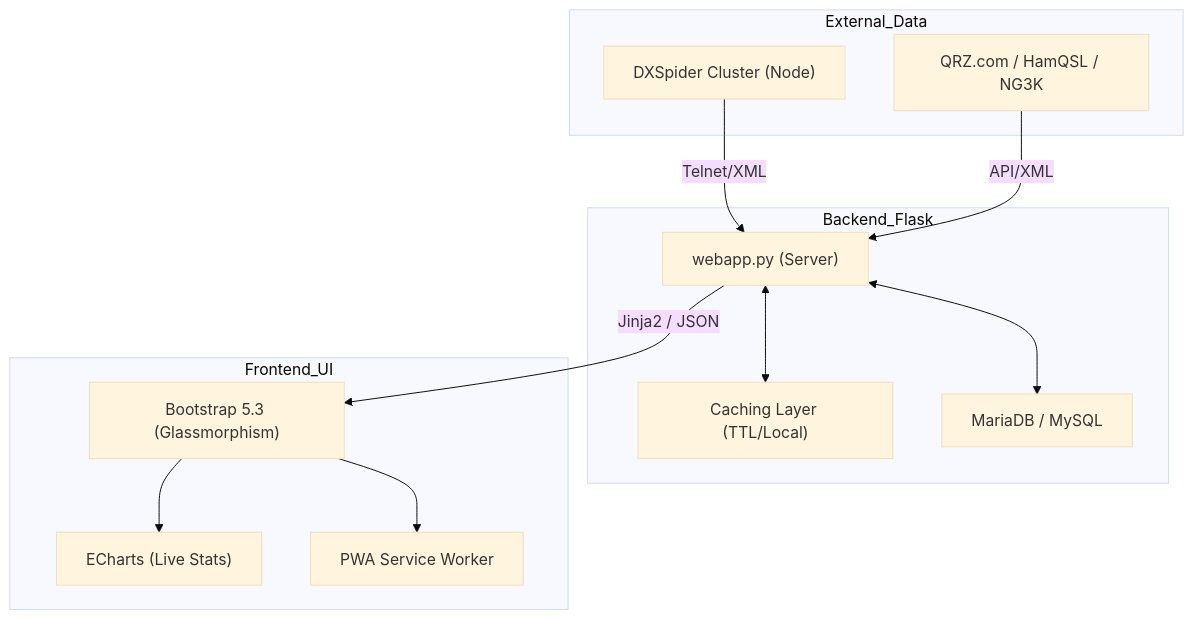
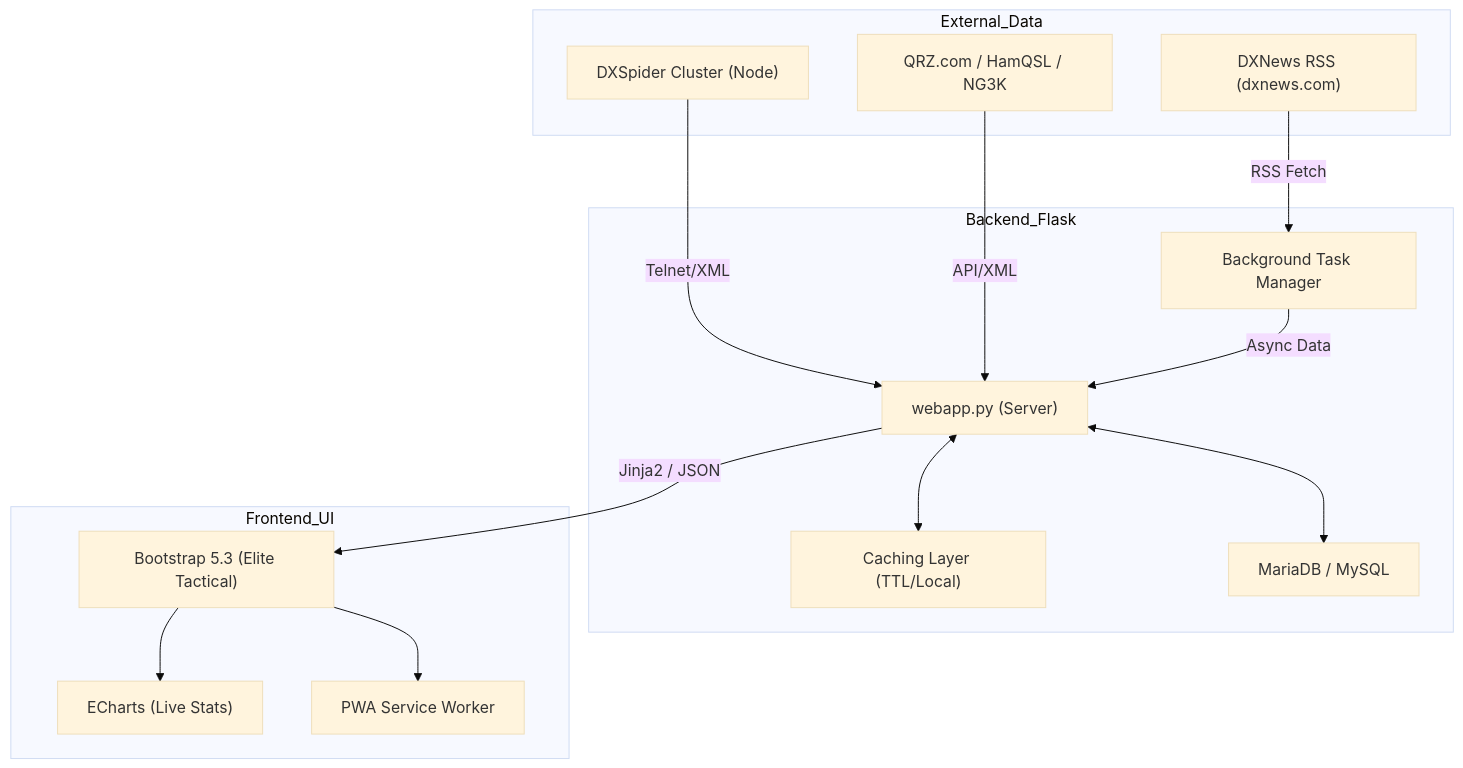
One commit to 9M2PJU/spiderweb changed the diagram in README.md. Above: the diagram before and after it, drawn with Mermaid (base theme). The commit also changed other lines of this file, not shown here.

Commit message:
Docs: Update README with 9M2PJU Elite features and virtualized arch

````diff
--- a/README.md
+++ b/README.md
@@ -37,27 +38,31 @@
 ```mermaid
 graph TD
     subgraph External_Data
         A["DXSpider Cluster (Node)"]
         B["QRZ.com / HamQSL / NG3K"]
+        B1["DXNews RSS (dxnews.com)"]
     end
 
     subgraph Backend_Flask
         C["webapp.py (Server)"]
         D["Caching Layer (TTL/Local)"]
         E["MariaDB / MySQL"]
+        F1["Background Task Manager"]
     end
 
     subgraph Frontend_UI
-        F["Bootstrap 5.3 (Glassmorphism)"]
+        F["Bootstrap 5.3 (Elite Tactical)"]
         G["ECharts (Live Stats)"]
         H["PWA Service Worker"]
     end
 
     A -- "Telnet/XML" --> C
     B -- "API/XML" --> C
+    B1 -- "RSS Fetch" --> F1
+    F1 -- "Async Data" --> C
     C <--> D
     C <--> E
     C -- "Jinja2 / JSON" --> F
     F --> G
     F --> H
 ```
````
